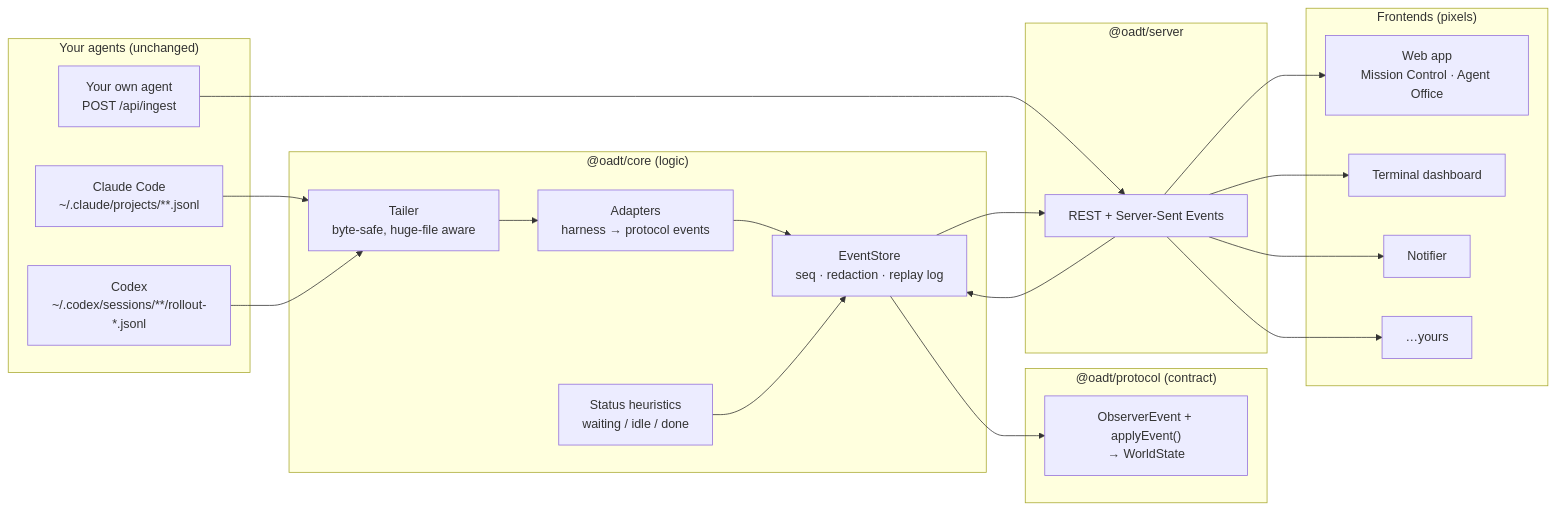
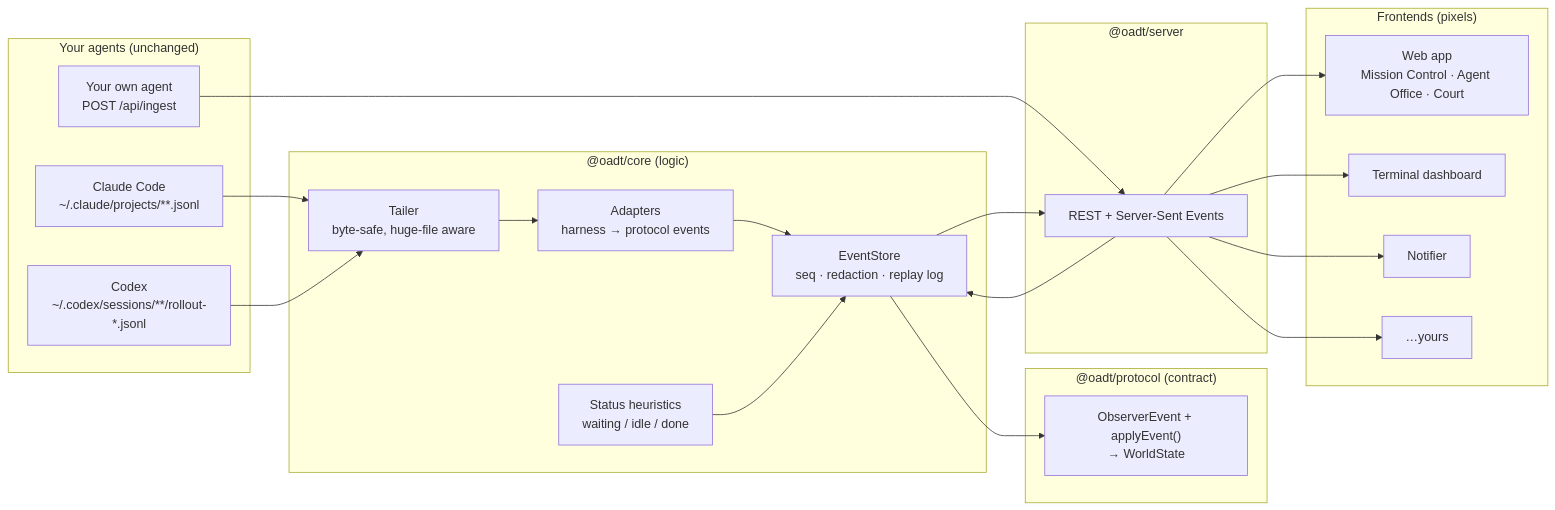
Before and after one commit to Dri-water/observe-agents-do-things: the diagram in README.md, drawn with Mermaid. The commit also changed other lines of this file and 19 other files, not shown here.

First line of the commit message:
Add The Court visualizer; one shared room by default in Court and Office

````diff
--- a/README.md
+++ b/README.md
@@ -115,32 +121,32 @@
 ```mermaid
 flowchart LR
   subgraph Harnesses["Your agents (unchanged)"]
     CC["Claude Code<br/>~/.claude/projects/**.jsonl"]
     CX["Codex<br/>~/.codex/sessions/**/rollout-*.jsonl"]
     YOU["Your own agent<br/>POST /api/ingest"]
   end
   subgraph Core["@oadt/core (logic)"]
     T["Tailer<br/>byte-safe, huge-file aware"]
     A["Adapters<br/>harness → protocol events"]
     S["EventStore<br/>seq · redaction · replay log"]
     H["Status heuristics<br/>waiting / idle / done"]
   end
   subgraph Proto["@oadt/protocol (contract)"]
     P["ObserverEvent + applyEvent()<br/>→ WorldState"]
   end
   subgraph Server["@oadt/server"]
     API["REST + Server-Sent Events"]
   end
   subgraph Frontends["Frontends (pixels)"]
-    W["Web app<br/>Mission Control · Agent Office"]
+    W["Web app<br/>Mission Control · Agent Office · Court"]
     TD["Terminal dashboard"]
     N["Notifier"]
     X["…yours"]
   end
   CC --> T --> A --> S
   CX --> T
   YOU --> API --> S
   H --> S
   S --> P
   S --> API --> W & TD & N & X
 ```
````
